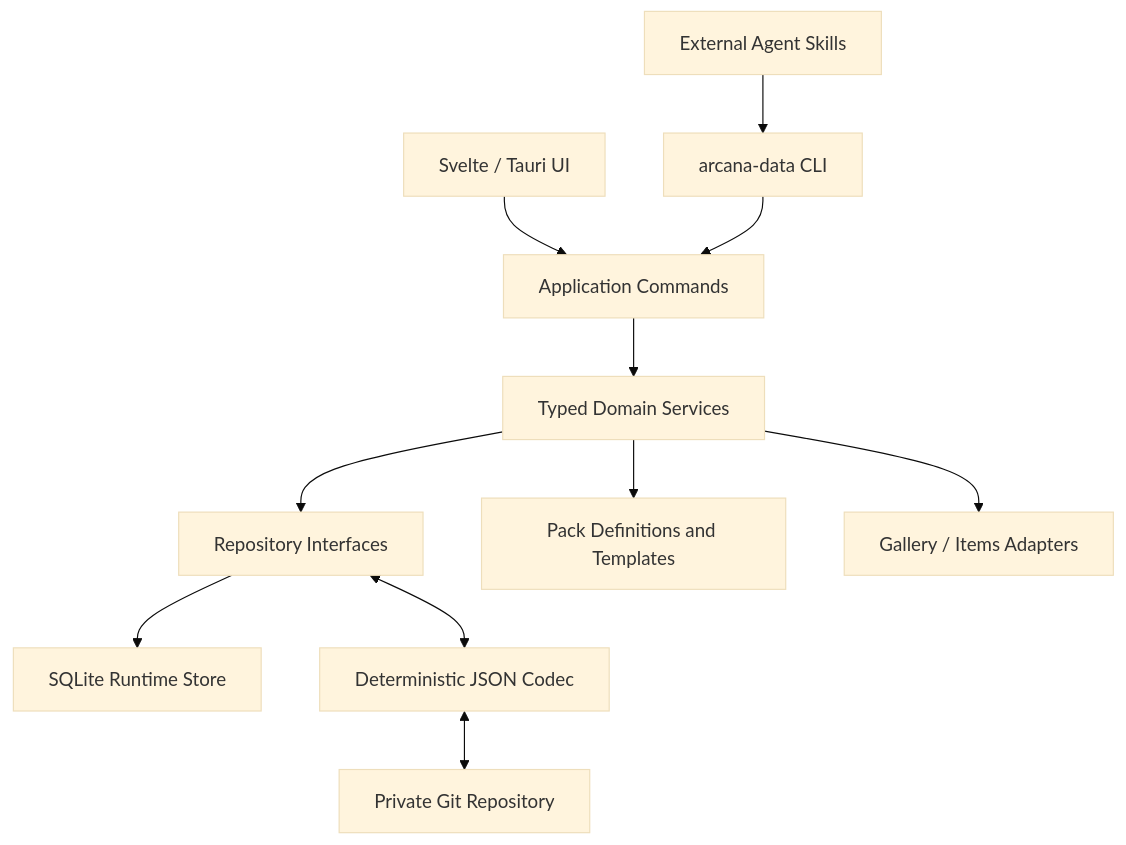
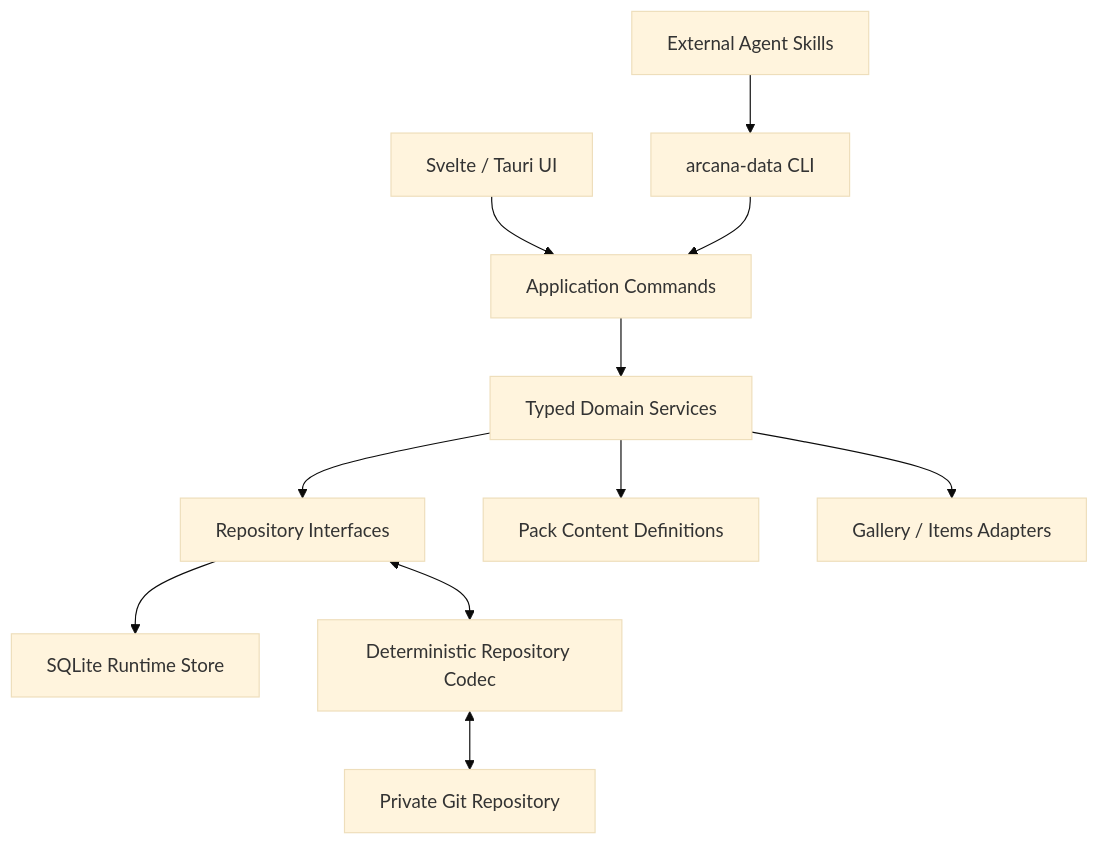
The diagram in docs/design/architecture.md (FollyCoolly/Arcana), drawn with Mermaid (base theme) before and after one commit. The commit also changed other lines of this file and 16 other files, not shown here.

````diff
--- a/docs/design/architecture.md
+++ b/docs/design/architecture.md
@@ -20,27 +20,27 @@
 ```mermaid
 flowchart TB
     UI["Svelte / Tauri UI"]
     CLI["arcana-data CLI"]
     Agent["External Agent Skills"]
 
     Commands["Application Commands"]
     Domain["Typed Domain Services"]
     Repositories["Repository Interfaces"]
     SQLite["SQLite Runtime Store"]
 
-    Codec["Deterministic JSON Codec"]
+    Codec["Deterministic Repository Codec"]
     Git["Private Git Repository"]
-    Packs["Pack Definitions and Templates"]
+    Packs["Pack Content Definitions"]
     External["Gallery / Items Adapters"]
 
     UI --> Commands
     CLI --> Commands
     Agent --> CLI
     Commands --> Domain
     Domain --> Repositories
     Repositories --> SQLite
     Domain --> Packs
     Domain --> External
     Repositories <--> Codec
     Codec <--> Git
 ```
````
